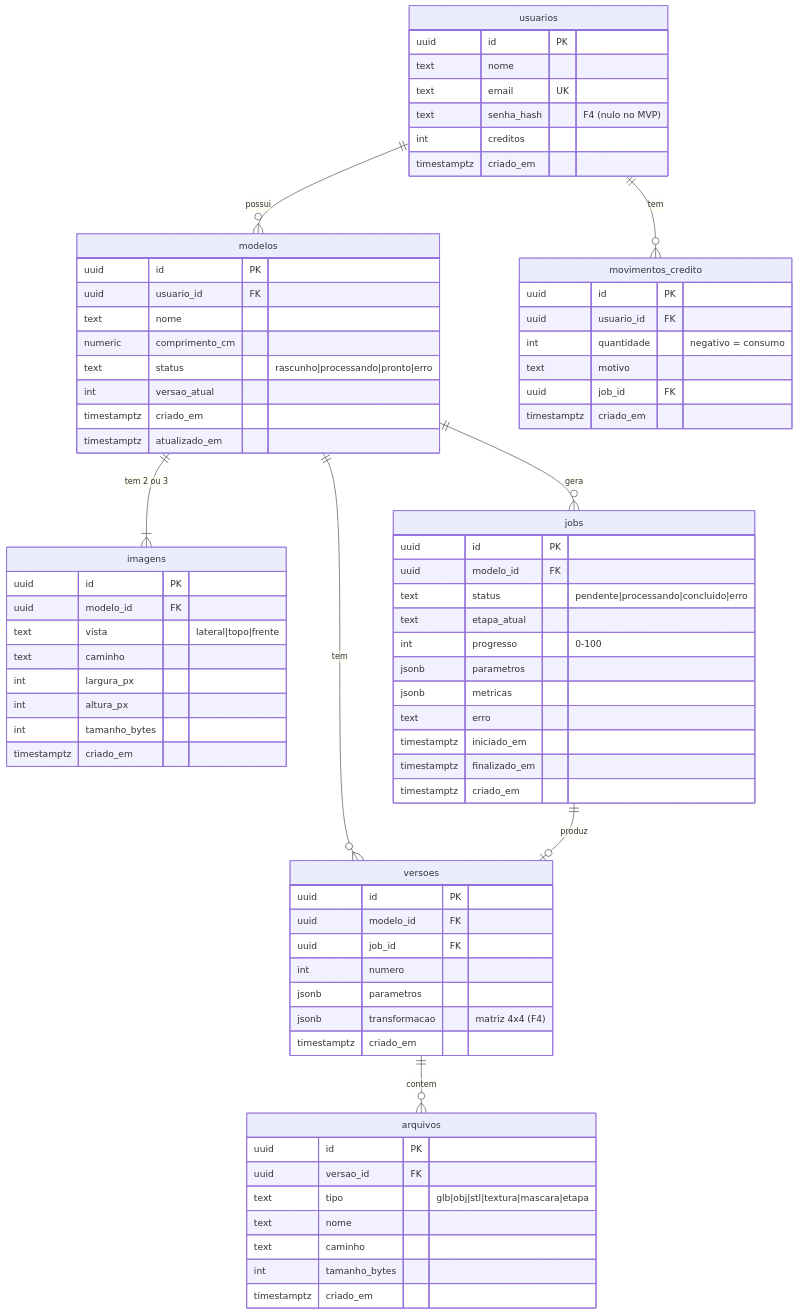
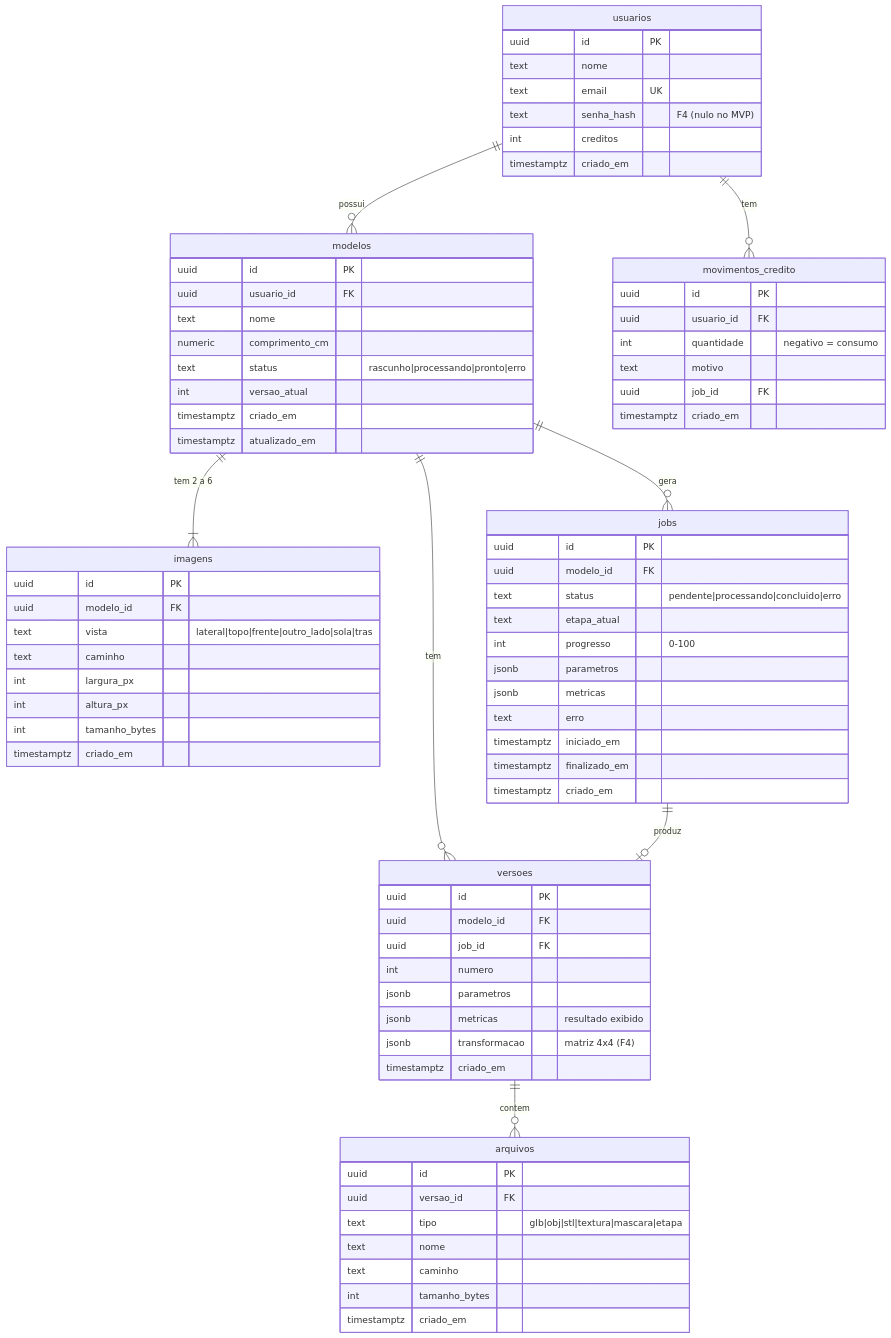
One commit to PedroFiel/relevo changed the diagram in docs/04-banco-de-dados.md. Above: the diagram before and after it, drawn with Mermaid. The commit also changed other lines of this file and 5 other files, not shown here.

````diff
--- a/docs/04-banco-de-dados.md
+++ b/docs/04-banco-de-dados.md
@@ -10,78 +10,79 @@
 ```mermaid
 erDiagram
     usuarios ||--o{ modelos : possui
     usuarios ||--o{ movimentos_credito : tem
-    modelos ||--|{ imagens : "tem 2 ou 3"
+    modelos ||--|{ imagens : "tem 2 a 6"
     modelos ||--o{ jobs : gera
     modelos ||--o{ versoes : tem
     jobs ||--o| versoes : produz
     versoes ||--o{ arquivos : contem
 
     usuarios {
         uuid id PK
         text nome
         text email UK
         text senha_hash "F4 (nulo no MVP)"
         int creditos
         timestamptz criado_em
     }
     modelos {
         uuid id PK
         uuid usuario_id FK
         text nome
         numeric comprimento_cm
         text status "rascunho|processando|pronto|erro"
         int versao_atual
         timestamptz criado_em
         timestamptz atualizado_em
     }
     imagens {
         uuid id PK
         uuid modelo_id FK
-        text vista "lateral|topo|frente"
+        text vista "lateral|topo|frente|outro_lado|sola|tras"
         text caminho
         int largura_px
         int altura_px
         int tamanho_bytes
         timestamptz criado_em
     }
     jobs {
         uuid id PK
         uuid modelo_id FK
         text status "pendente|processando|concluido|erro"
         text etapa_atual
         int progresso "0-100"
         jsonb parametros
         jsonb metricas
         text erro
         timestamptz iniciado_em
         timestamptz finalizado_em
         timestamptz criado_em
     }
     versoes {
         uuid id PK
         uuid modelo_id FK
         uuid job_id FK
         int numero
         jsonb parametros
+        jsonb metricas "resultado exibido"
         jsonb transformacao "matriz 4x4 (F4)"
         timestamptz criado_em
     }
     arquivos {
         uuid id PK
         uuid versao_id FK
         text tipo "glb|obj|stl|textura|mascara|etapa"
         text nome
         text caminho
         int tamanho_bytes
         timestamptz criado_em
     }
     movimentos_credito {
         uuid id PK
         uuid usuario_id FK
         int quantidade "negativo = consumo"
         text motivo
         uuid job_id FK
         timestamptz criado_em
     }
 ```
````
